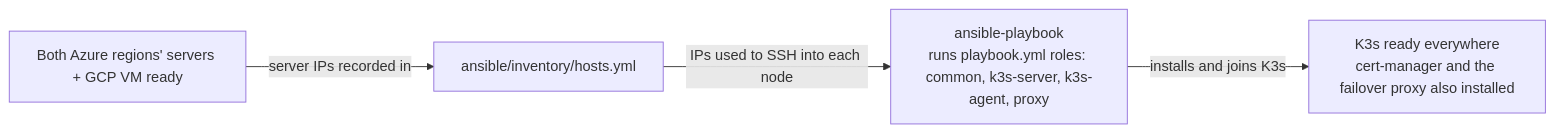
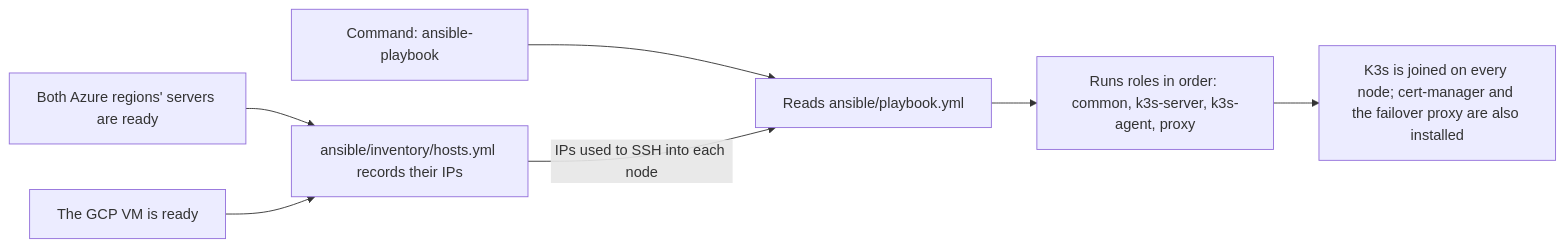
One commit to Dennis4507/cloud-native-ha-platform changed the second of 4 diagrams in README.md. Above: the diagram before and after it, drawn with Mermaid. The commit also changed other lines of this file, not shown here.

````diff
--- a/README.md
+++ b/README.md
@@ -50,6 +54,9 @@
 ```mermaid
 flowchart LR
-    IN["Both Azure regions' servers + GCP VM ready"] -->|server IPs recorded in| A1["ansible/inventory/hosts.yml"]
-    A1 -->|IPs used to SSH into each node| A2["ansible-playbook<br/>runs playbook.yml roles: common, k3s-server, k3s-agent, proxy"]
-    A2 -->|installs and joins K3s| OUT3["K3s ready everywhere<br/>cert-manager and the failover proxy also installed"]
+    IN1["Both Azure regions' servers are ready"] --> A1["ansible/inventory/hosts.yml records their IPs"]
+    IN2["The GCP VM is ready"] --> A1
+    CMD3["Command: ansible-playbook"] --> A2["Reads ansible/playbook.yml"]
+    A1 -->|IPs used to SSH into each node| A2
+    A2 --> A3["Runs roles in order: common, k3s-server, k3s-agent, proxy"]
+    A3 --> OUT3["K3s is joined on every node; cert-manager and the failover proxy are also installed"]
 ```
````
